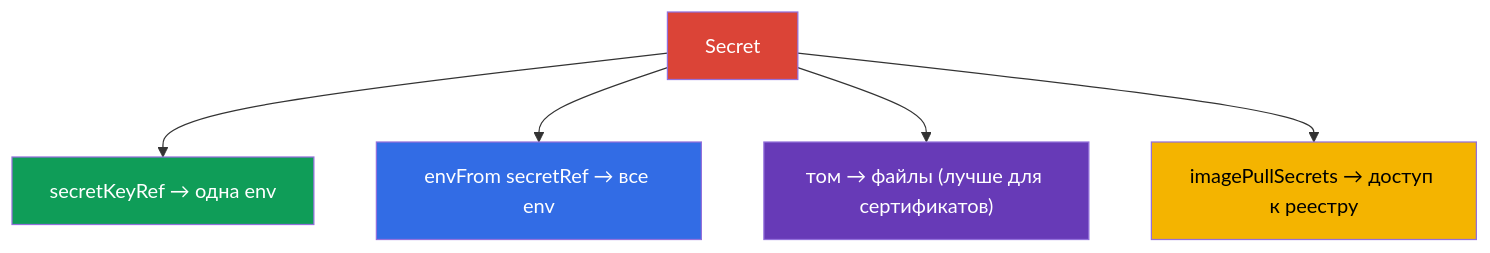
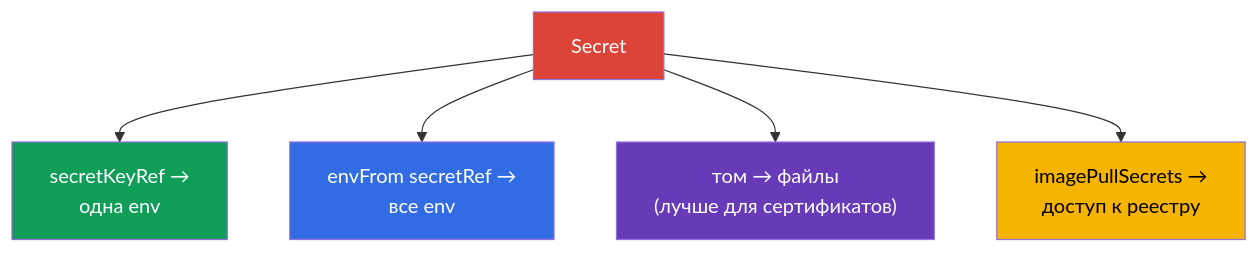
One commit to ViktorUJ/cks changed the third of 4 diagrams in tasks/cka/course/19/ru.md. Above: the diagram before and after it, drawn with Mermaid. The commit also changed other lines of this file, not shown here.

````diff
--- a/tasks/cka/course/19/ru.md
+++ b/tasks/cka/course/19/ru.md
@@ -165,13 +159,13 @@
 ```mermaid
 flowchart TB
     sec["Secret"]
-    sec --> e1["secretKeyRef → одна env"]
-    sec --> e2["envFrom secretRef → все env"]
-    sec --> e3["том → файлы (лучше для сертификатов)"]
-    sec --> e4["imagePullSecrets → доступ к реестру"]
+    sec --> e1["secretKeyRef →<br>одна env"]
+    sec --> e2["envFrom secretRef →<br>все env"]
+    sec --> e3["том → файлы<br>(лучше для сертификатов)"]
+    sec --> e4["imagePullSecrets →<br>доступ к реестру"]
     style sec fill:#db4437,color:#fff
     style e1 fill:#0f9d58,color:#fff
     style e2 fill:#326ce5,color:#fff
     style e3 fill:#673ab7,color:#fff
     style e4 fill:#f4b400,color:#000
 ```
````
